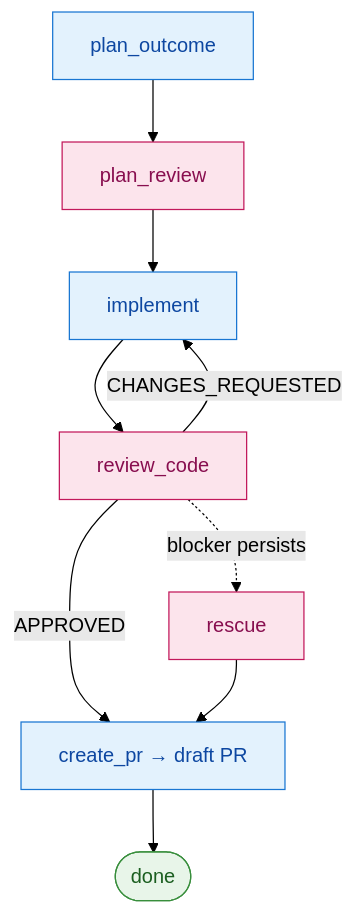
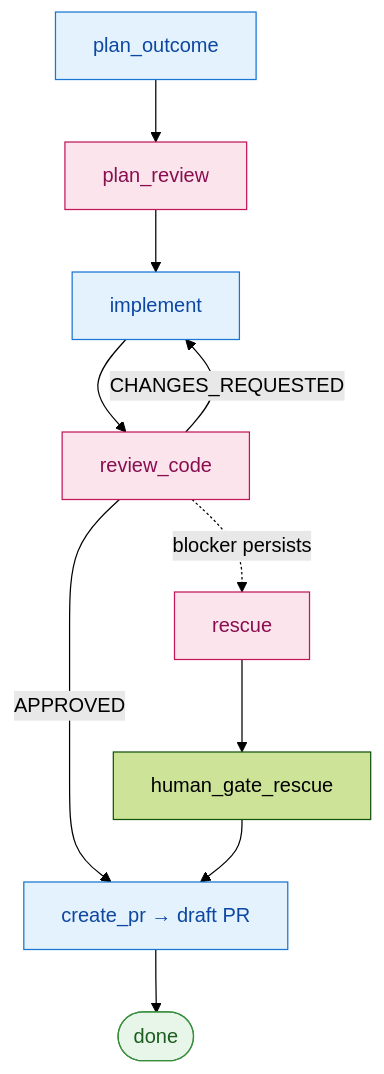
Before and after one commit to AscendyProject/redteam: the diagram in README.md, drawn with Mermaid (forest theme). The commit also changed other lines of this file and 5 other files, not shown here.

````diff
--- a/README.md
+++ b/README.md
@@ -37,15 +37,15 @@
 ```mermaid
 flowchart TD
     PO[plan_outcome]:::worker --> PRV[plan_review]:::rev
     PRV --> IMPL[implement]:::worker
     IMPL --> RC[review_code]:::rev
     RC -->|APPROVED| CPR[create_pr → draft PR]:::worker
     RC -->|CHANGES_REQUESTED| IMPL
     RC -. blocker persists .-> RES[rescue]:::rev
-    RES --> CPR
+    RES --> HGR[human_gate_rescue] --> CPR
     CPR --> DONE([done]):::done
 
     classDef worker fill:#e3f2fd,stroke:#1976d2,color:#0d47a1;
     classDef rev fill:#fce4ec,stroke:#c2185b,color:#880e4f;
     classDef done fill:#e8f5e9,stroke:#388e3c,color:#1b5e20;
 ```
````
